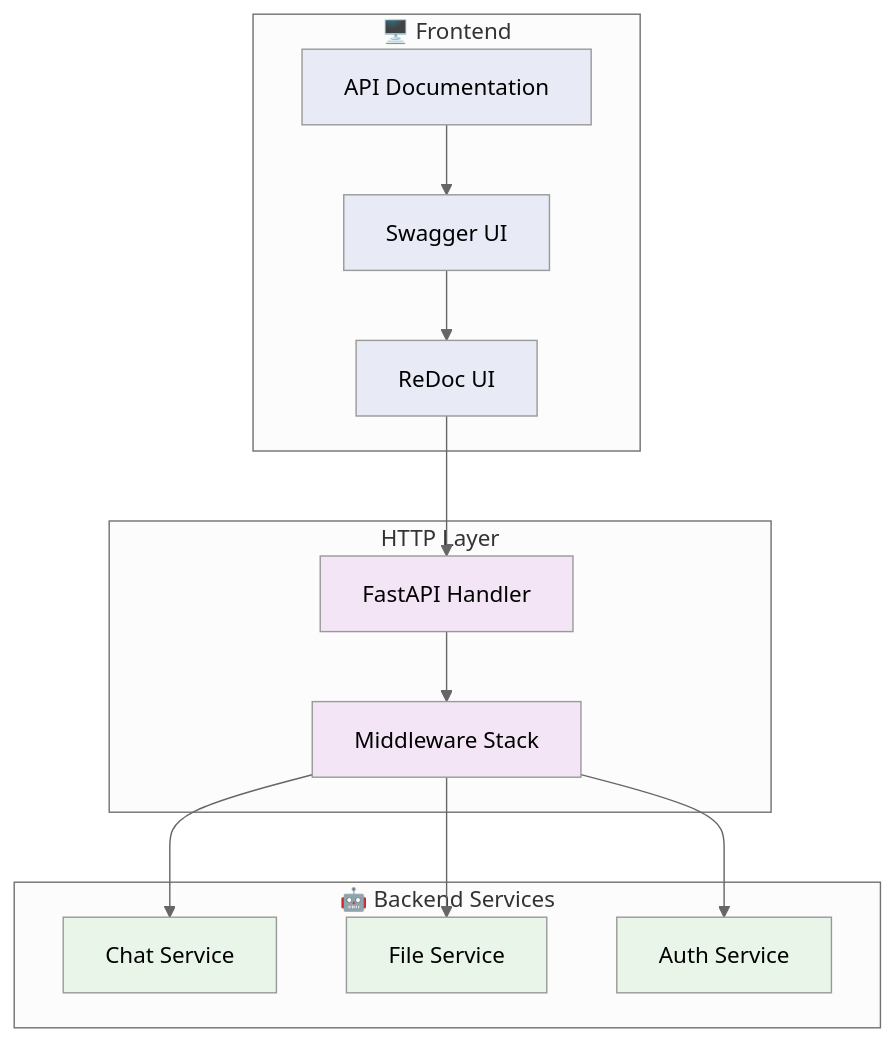
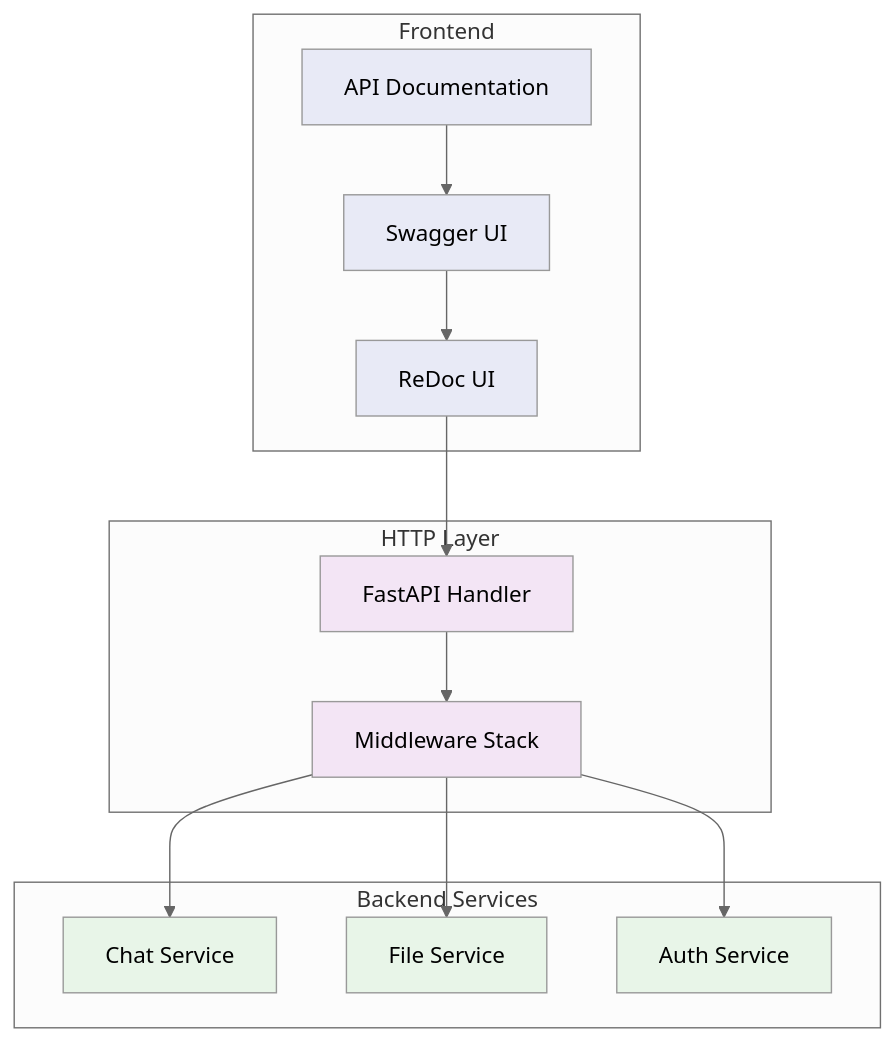
The fourth of 13 diagrams in docs/architecture/README.md (the-ingenious-dark-knight/Insight_Ingenious), drawn with Mermaid (neutral theme) before and after one commit. The commit also changed other lines of this file and 17 other files, not shown here.

````diff
--- a/docs/architecture/README.md
+++ b/docs/architecture/README.md
@@ -164,35 +164,35 @@
 ```mermaid
 graph TD
-    subgraph "🖥️ Frontend"
-        DOCS[ API Documentation]
-        SWAGGER[ Swagger UI]
-        REDOC[ ReDoc UI]
+    subgraph "Frontend"
+        DOCS[API Documentation]
+        SWAGGER[Swagger UI]
+        REDOC[ReDoc UI]
     end
 
     subgraph " HTTP Layer"
-        FASTAPI[ FastAPI Handler]
-        MIDDLEWARE[ Middleware Stack]
+        FASTAPI[FastAPI Handler]
+        MIDDLEWARE[Middleware Stack]
     end
 
-    subgraph "🤖 Backend Services"
-        CHAT_SERVICE[ Chat Service]
-        FILE_SERVICE[ File Service]
-        AUTH_SERVICE[ Auth Service]
+    subgraph "Backend Services"
+        CHAT_SERVICE[Chat Service]
+        FILE_SERVICE[File Service]
+        AUTH_SERVICE[Auth Service]
     end
 
     DOCS --> SWAGGER
     SWAGGER --> REDOC
     REDOC --> FASTAPI
     FASTAPI --> MIDDLEWARE
     MIDDLEWARE --> CHAT_SERVICE
     MIDDLEWARE --> FILE_SERVICE
     MIDDLEWARE --> AUTH_SERVICE
 
     classDef frontend fill:#e8eaf6
     classDef http fill:#f3e5f5
     classDef backend fill:#e8f5e8
 
     class DOCS,SWAGGER,REDOC frontend
     class FASTAPI,MIDDLEWARE http
     class CHAT_SERVICE,FILE_SERVICE,AUTH_SERVICE backend
 ```
````
